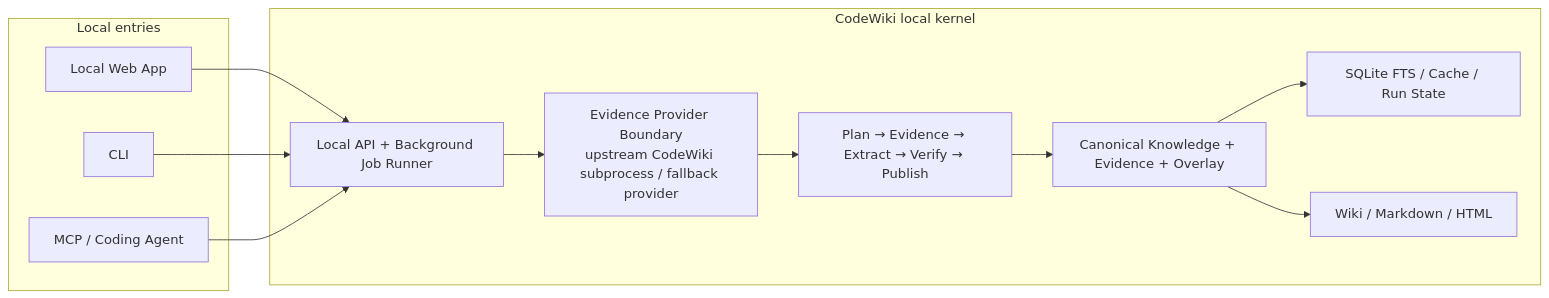
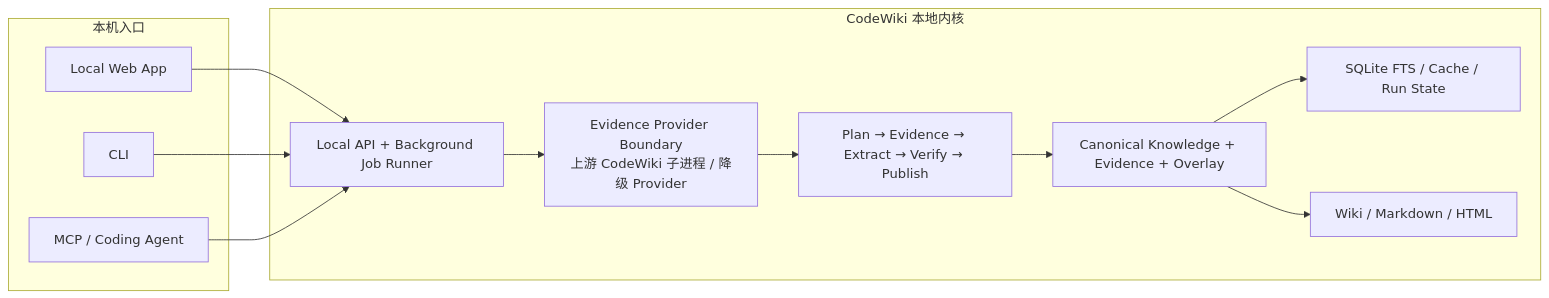
The first of 4 diagrams in README.md (davyzhong/CodeWiki), drawn with Mermaid before and after one commit. The commit also changed other lines of this file, not shown here.

````diff
--- a/README.md
+++ b/README.md
@@ -88,24 +82,24 @@
 ```mermaid
 flowchart LR
-    subgraph ENTRY["Local entries"]
+    subgraph ENTRY["本机入口"]
         WEB["Local Web App"]
         CLI["CLI"]
         MCP["MCP / Coding Agent"]
     end
 
-    subgraph CORE["CodeWiki local kernel"]
+    subgraph CORE["CodeWiki 本地内核"]
         API["Local API + Background Job Runner"]
-        PROVIDER["Evidence Provider Boundary<br/>upstream CodeWiki subprocess / fallback provider"]
+        PROVIDER["Evidence Provider Boundary<br/>上游 CodeWiki 子进程 / 降级 Provider"]
         PIPELINE["Plan → Evidence → Extract → Verify → Publish"]
         TRUTH["Canonical Knowledge + Evidence + Overlay"]
         INDEX["SQLite FTS / Cache / Run State"]
         EXPORT["Wiki / Markdown / HTML"]
     end
 
     WEB --> API
     CLI --> API
     MCP --> API
     API --> PROVIDER --> PIPELINE --> TRUTH
     TRUTH --> INDEX
     TRUTH --> EXPORT
 ```
````
